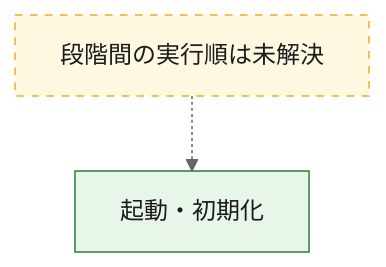
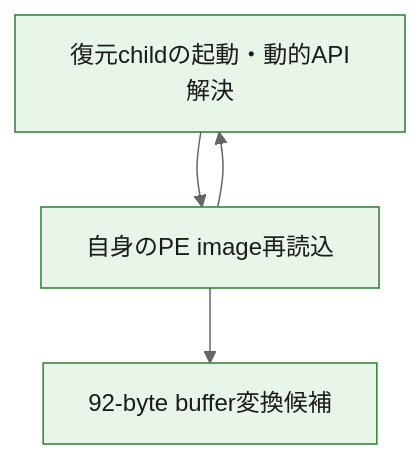
One commit to proshiba/AI-security-analysis changed the first of 3 diagrams in analysis-results/malware/vidar/versions/unknown/cases/60129a548307204fed1f4c698e12bc17d941592d81deb163f9fa63f4c6ecb3db/OVERALL-LOGIC.md. Above: the diagram before and after it, drawn with Mermaid (neutral theme). The commit also changed other lines of this file and 151 other files, not shown here.

````diff
--- a/analysis-results/malware/vidar/versions/unknown/cases/60129a548307204fed1f4c698e12bc17d941592d81deb163f9fa63f4c6ecb3db/OVERALL-LOGIC.md
+++ b/analysis-results/malware/vidar/versions/unknown/cases/60129a548307204fed1f4c698e12bc17d941592d81deb163f9fa63f4c6ecb3db/OVERALL-LOGIC.md
@@ -16,10 +16,12 @@
 ```mermaid
 flowchart TD
-  exec_01["起動・初期化"]
-  exec_unknown["段階間の実行順は未解決"]
-  exec_unknown -.-> exec_01
-  class exec_unknown unresolved
-  class exec_01 confirmed
+  exec_01["復元childの起動・動的API解決"]
+  exec_02["自身のPE image再読込"]
+  exec_03["92-byte buffer変換候補"]
+  exec_01 --> exec_02
+  exec_02 --> exec_01
+  exec_02 --> exec_03
+  class exec_01,exec_02,exec_03 confirmed
   classDef confirmed fill:#e8f5e9,stroke:#2e7d32,color:#1b1b1b
   classDef unresolved fill:#fff8e1,stroke:#f9a825,color:#1b1b1b,stroke-dasharray:5 5
 ```
````
